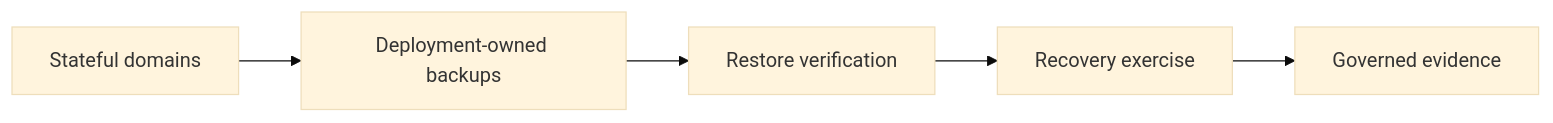
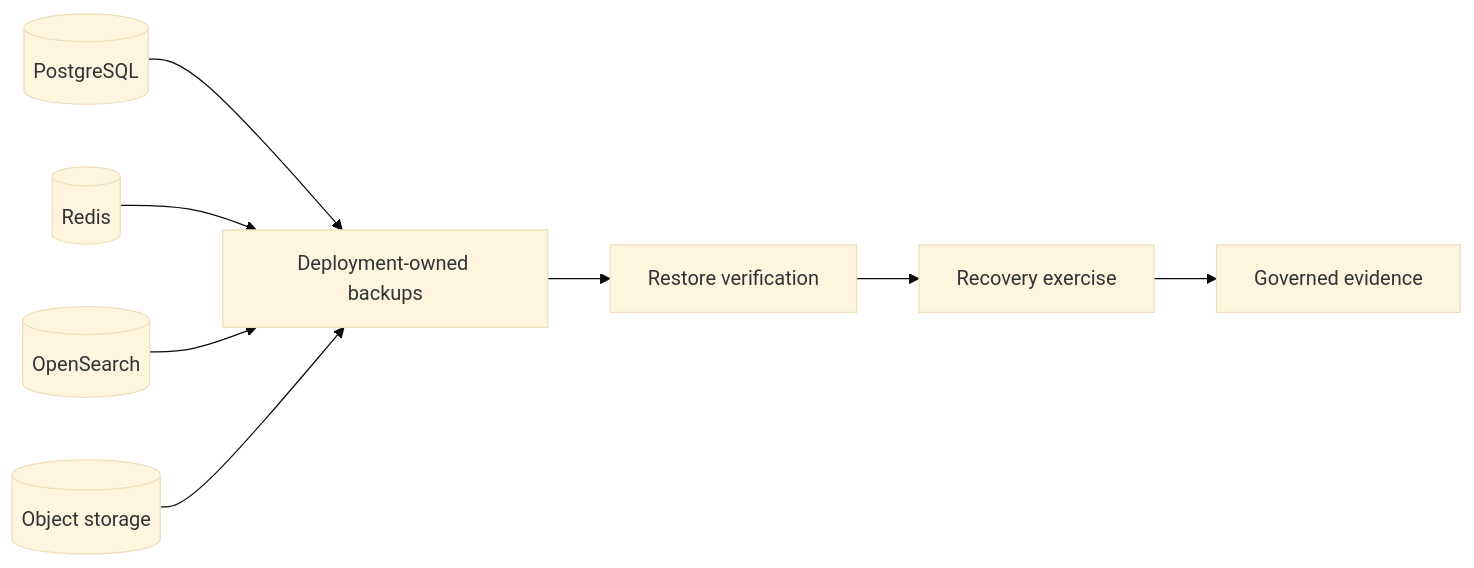
Before and after one commit to GJvManen/dtmo: the second of 2 diagrams in docs/roadmap/PLATFORM_INDUSTRIALISATION_ROADMAP.md, drawn with Mermaid (base theme). The commit also changed other lines of this file, not shown here.

Commit message:
Restore full Phase 11 roadmap and advance recovery lifecycle

````diff
--- a/docs/roadmap/PLATFORM_INDUSTRIALISATION_ROADMAP.md
+++ b/docs/roadmap/PLATFORM_INDUSTRIALISATION_ROADMAP.md
@@ -58,7 +125,10 @@
 ```mermaid
 flowchart LR
-    S[Stateful domains] --> B[Deployment-owned backups]
+    PG[(PostgreSQL)] --> B[Deployment-owned backups]
+    REDIS[(Redis)] --> B
+    OS[(OpenSearch)] --> B
+    OBJ[(Object storage)] --> B
     B --> R[Restore verification]
     R --> X[Recovery exercise]
     X --> E[Governed evidence]
 ```
````
